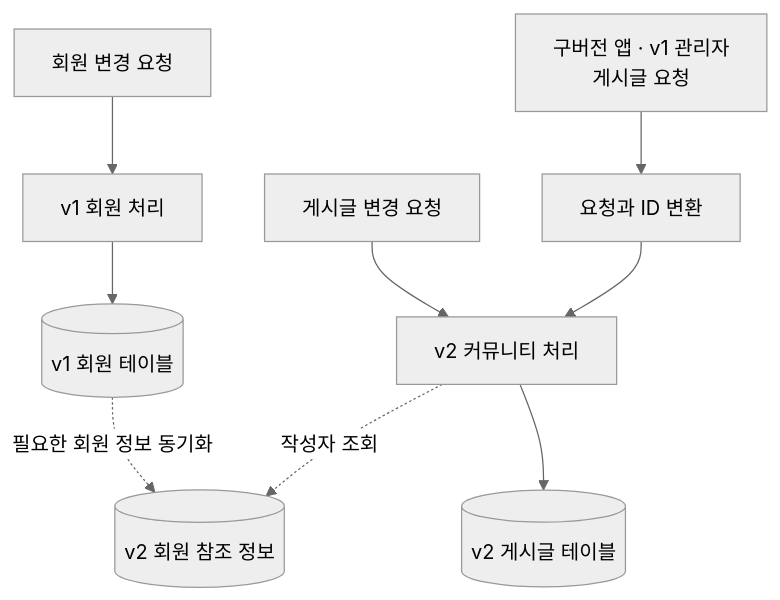
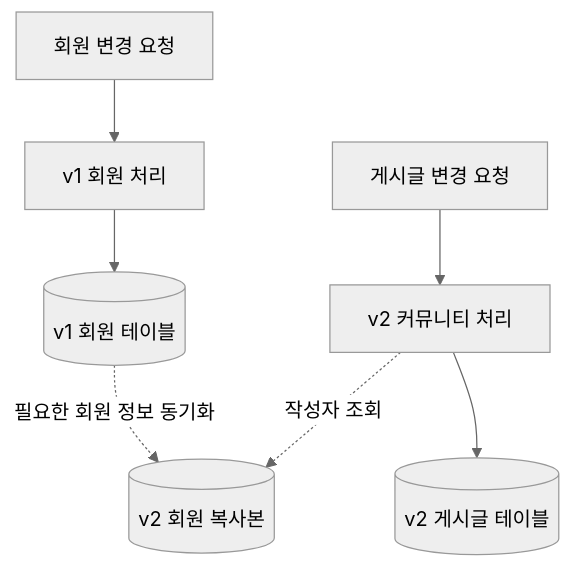
One commit to oownahcohc/oownahcohc.github.io changed the third of 16 diagrams in src/content/blog/strangler-fig-redesign.md. Above: the diagram before and after it, drawn with Mermaid (neutral theme). The commit also changed other lines of this file, not shown here.

First line of the commit message:
Strangler Fig 글에서 겹치는 설명과 다르게 부르던 용어를 정리한다

````diff
--- a/src/content/blog/strangler-fig-redesign.md
+++ b/src/content/blog/strangler-fig-redesign.md
@@ -164,11 +164,9 @@
 ```mermaid
 flowchart TB
     M["회원 변경 요청"] --> V1["v1 회원 처리"]
     V1 --> D1[("v1 회원 테이블")]
-    D1 -. "필요한 회원 정보 동기화" .-> D2[("v2 회원 참조 정보")]
+    D1 -. "필요한 회원 정보 동기화" .-> D2[("v2 회원 복사본")]
     P["게시글 변경 요청"] --> V2["v2 커뮤니티 처리"]
     V2 --> D3[("v2 게시글 테이블")]
     V2 -. "작성자 조회" .-> D2
-    Old["구버전 앱 · v1 관리자<br/>게시글 요청"] --> Adapter["요청과 ID 변환"]
-    Adapter --> V2
 ```
````
